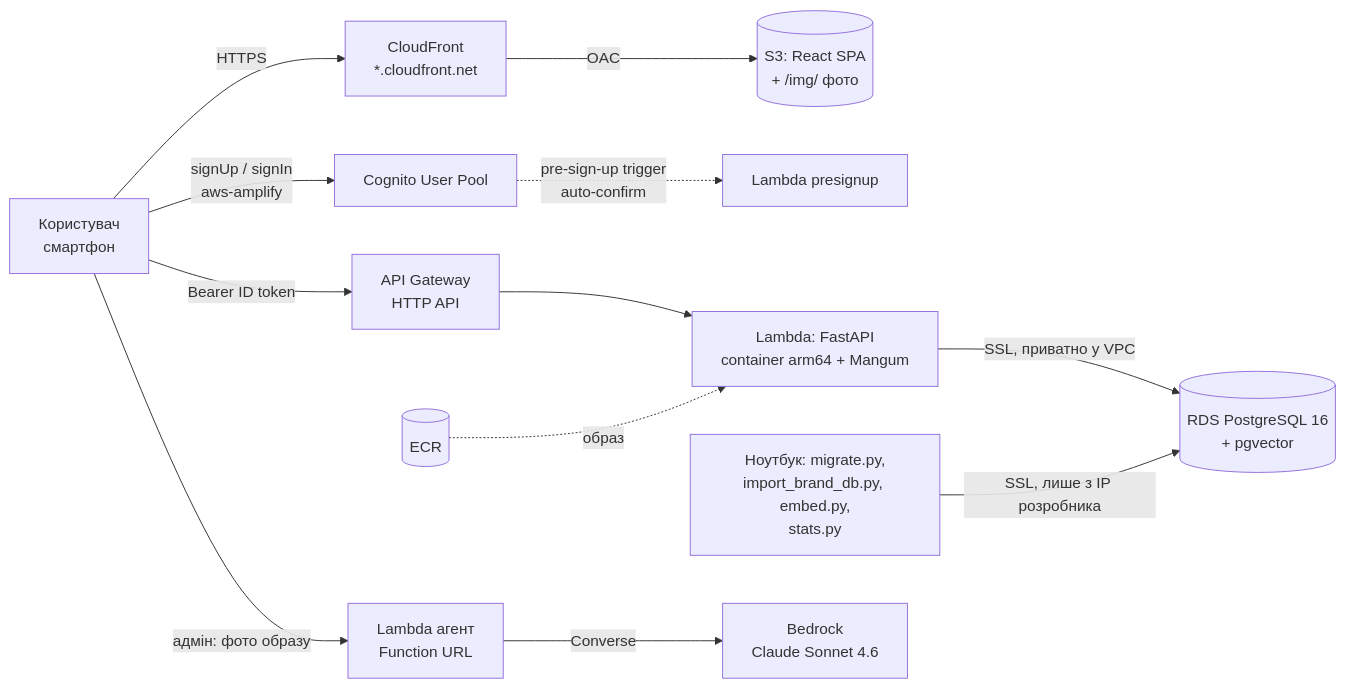
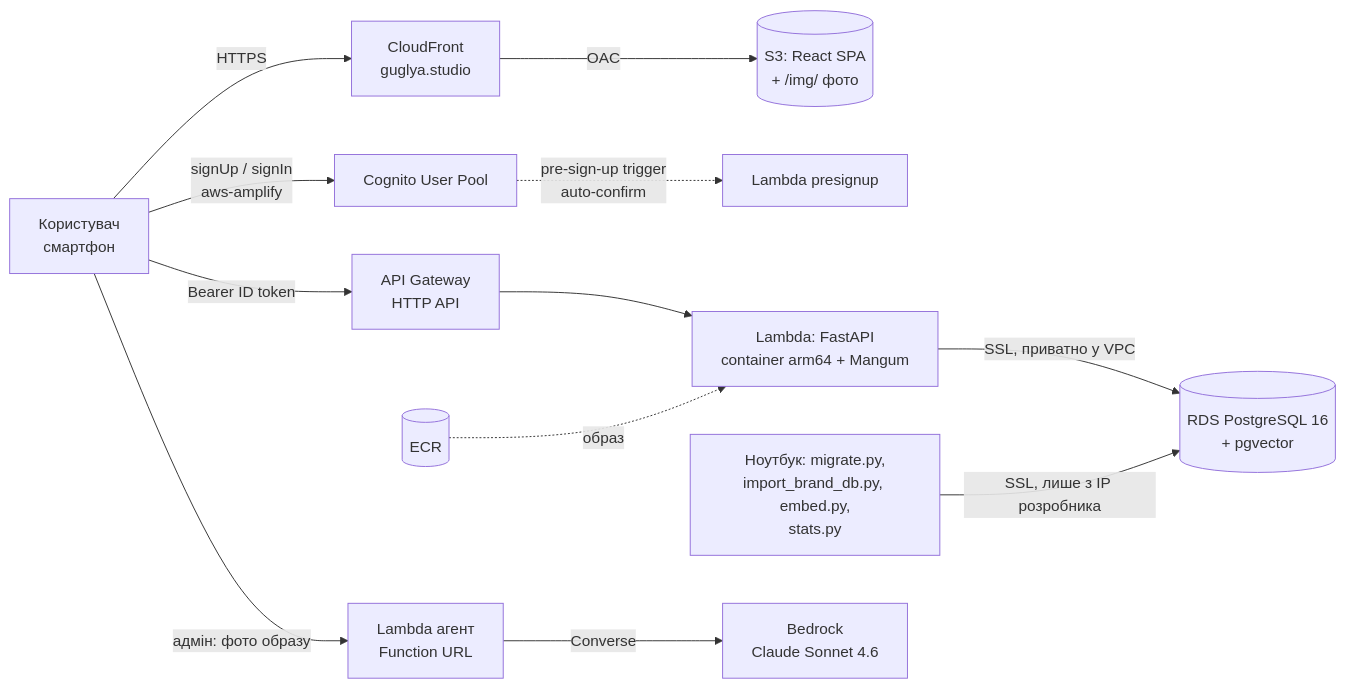
Before and after one commit to TarasKonoval/guglya: the diagram in README.md, drawn with Mermaid. The commit also changed other lines of this file and 9 other files, not shown here.

````diff
--- a/README.md
+++ b/README.md
@@ -37,13 +55,13 @@
 ```mermaid
 flowchart LR
-  U[Користувач<br/>смартфон] -->|HTTPS| CF[CloudFront<br/>*.cloudfront.net]
+  U[Користувач<br/>смартфон] -->|HTTPS| CF[CloudFront<br/>guglya.studio]
   CF -->|OAC| S3[(S3: React SPA<br/>+ /img/ фото)]
   U -->|signUp / signIn<br/>aws-amplify| COG[Cognito User Pool]
   COG -.->|pre-sign-up trigger<br/>auto-confirm| PSL[Lambda presignup]
   U -->|Bearer ID token| APIGW[API Gateway<br/>HTTP API]
   APIGW --> L[Lambda: FastAPI<br/>container arm64 + Mangum]
   L -->|SSL, приватно у VPC| RDS[(RDS PostgreSQL 16<br/>+ pgvector)]
   ECR[(ECR)] -.->|образ| L
   DEV[Ноутбук: migrate.py,<br/>import_brand_db.py, embed.py,<br/>stats.py] -->|SSL, лише з IP розробника| RDS
   U -->|адмін: фото образу| AG[Lambda агент<br/>Function URL] -->|Converse| BR[Bedrock<br/>Claude Sonnet 4.6]
 ```
````
